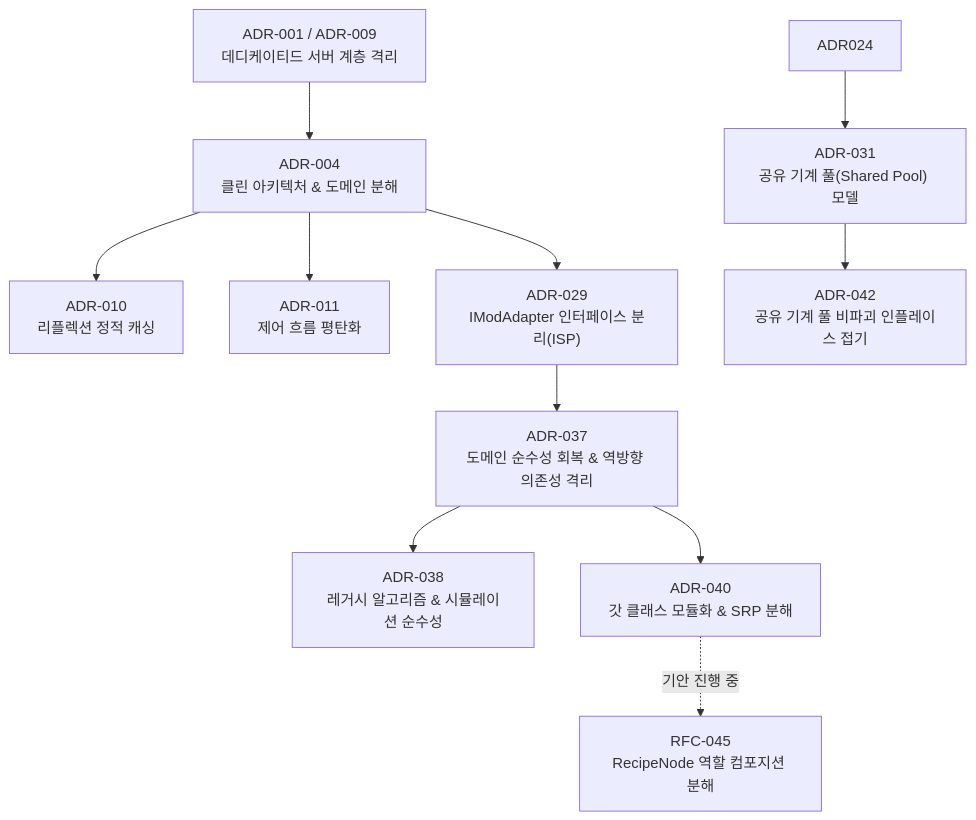
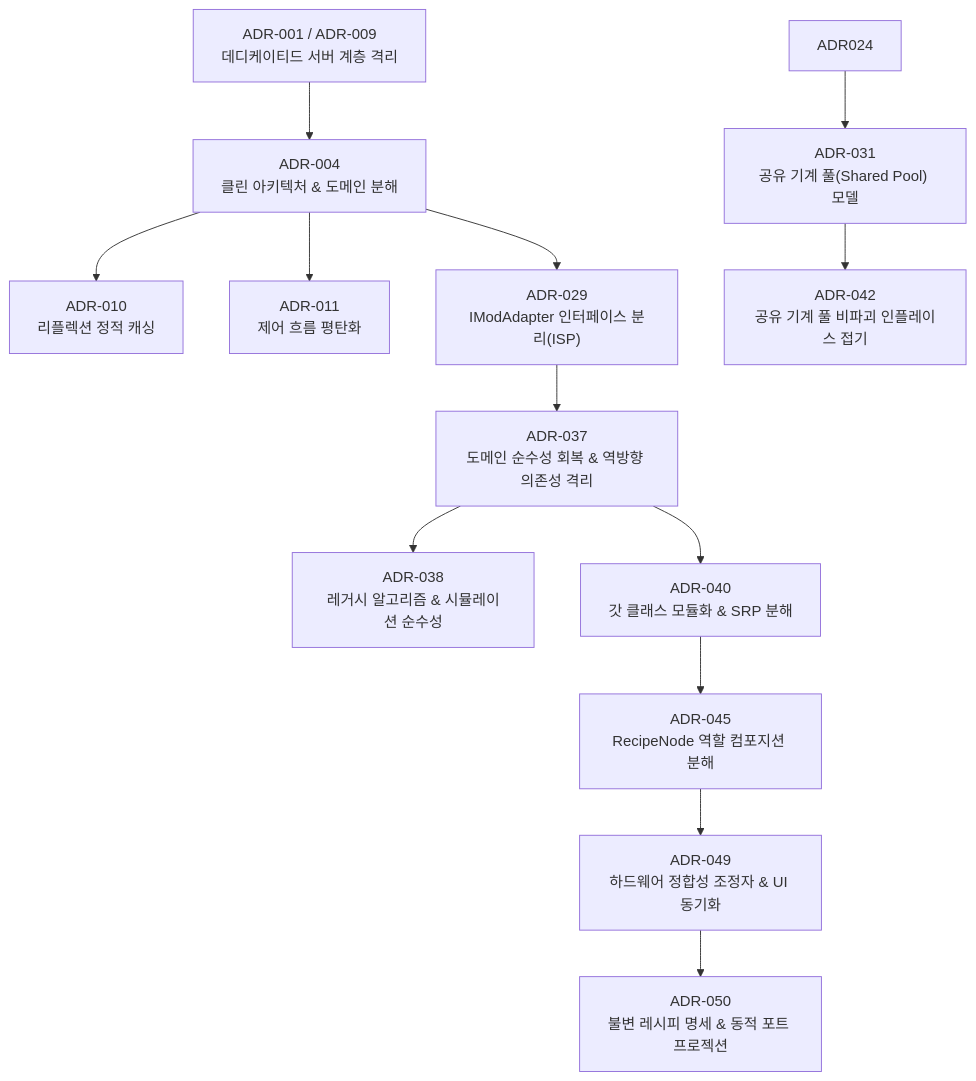
One commit to Amvermain/GregTechCalculatorBoard changed the fourth of 4 diagrams in docs/adr/README.md. Above: the diagram before and after it, drawn with Mermaid. The commit also changed other lines of this file and 124 other files, not shown here.

````diff
--- a/docs/adr/README.md
+++ b/docs/adr/README.md
@@ -69,13 +69,15 @@
 ```mermaid
 flowchart TD
     ADR001["ADR-001 / ADR-009<br/>데디케이티드 서버 계층 격리"] --> ADR004["ADR-004<br/>클린 아키텍처 & 도메인 분해"]
     ADR004 --> ADR010["ADR-010<br/>리플렉션 정적 캐싱"]
     ADR004 --> ADR011["ADR-011<br/>제어 흐름 평탄화"]
     ADR004 --> ADR029["ADR-029<br/>IModAdapter 인터페이스 분리(ISP)"]
     ADR029 --> ADR037["ADR-037<br/>도메인 순수성 회복 & 역방향 의존성 격리"]
     ADR037 --> ADR038["ADR-038<br/>레거시 알고리즘 & 시뮬레이션 순수성"]
     ADR037 --> ADR040["ADR-040<br/>갓 클래스 모듈화 & SRP 분해"]
-    ADR040 -.->|기안 진행 중| RFC045["RFC-045<br/>RecipeNode 역할 컴포지션 분해"]
+    ADR040 --> ADR045["ADR-045<br/>RecipeNode 역할 컴포지션 분해"]
+    ADR045 --> ADR049["ADR-049<br/>하드웨어 정합성 조정자 & UI 동기화"]
+    ADR049 --> ADR050["ADR-050<br/>불변 레시피 명세 & 동적 포트 프로젝션"]
     ADR024 --> ADR031["ADR-031<br/>공유 기계 풀(Shared Pool) 모델"]
     ADR031 --> ADR042["ADR-042<br/>공유 기계 풀 비파괴 인플레이스 접기"]
 ```
````
